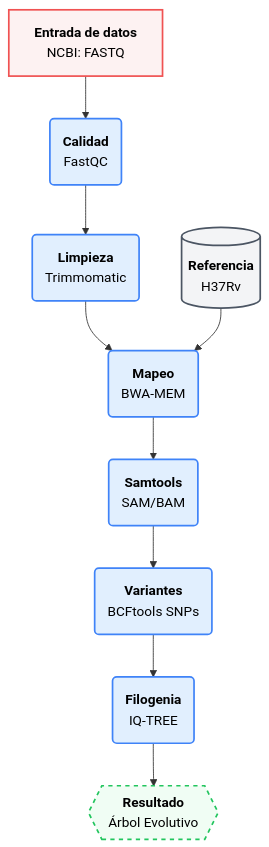
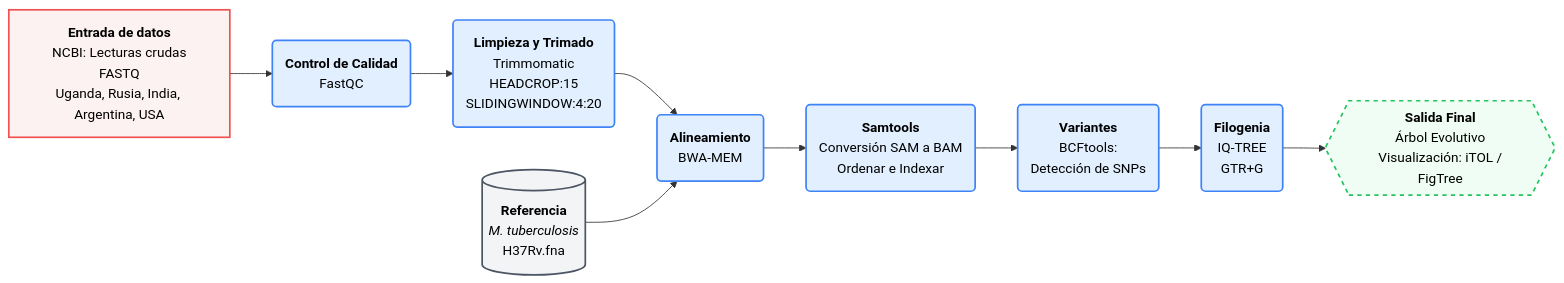
Before and after one commit to lauraperezm2912/MBM_G2: the second of 2 diagrams in README.md, drawn with Mermaid.

````diff
--- a/README.md
+++ b/README.md
@@ -61,28 +61,32 @@
 ```mermaid
-graph TD
-    %% Definición de Estilos
+graph LR
+    %% Definición de Estilos originales
     classDef input fill:#fdf2f2,stroke:#f05252,stroke-width:2px,color:#000;
     classDef process fill:#e1effe,stroke:#3f83f8,stroke-width:2px,color:#000;
     classDef reference fill:#f3f4f6,stroke:#4b5563,stroke-width:2px,color:#000;
     classDef output fill:#f0fdf4,stroke:#22c55e,stroke-width:2px,color:#000,stroke-dasharray: 5 5;
 
-    %% Primera fila: Preparación
-    Raw[<b>Entrada de datos</b><br/>NCBI: FASTQ]:::input --> FQC(<b>Calidad</b><br/>FastQC):::process
-    FQC --> Trim(<b>Limpieza</b><br/>Trimmomatic):::process
-    
-    %% Conexión hacia abajo y cambio de dirección
-    direction LR
-    Trim --> Map(<b>Mapeo</b><br/>BWA-MEM):::process
-    Ref[(<b>Referencia</b><br/>H37Rv)]:::reference --> Map
+    %% Nivel 1: Entrada
+    Raw[<b>Entrada de datos</b><br/> NCBI: Lecturas crudas FASTQ<br/>Uganda, Rusia, India, Argentina, USA]:::input
 
-    %% Segunda fila: Análisis
-    direction TB
-    Map --> SAM(<b>Samtools</b><br/>SAM/BAM):::process
-    SAM --> VCF(<b>Variantes</b><br/>BCFtools SNPs):::process
+    %% Nivel 2: Calidad
+    FQC(<b>Control de Calidad</b><br/>FastQC):::process
+    Trim(<b>Limpieza y Trimado</b><br/>Trimmomatic<br/>HEADCROP:15<br/>SLIDINGWINDOW:4:20):::process
 
-    %% Tercera fila: Resultados final
-    direction RL
-    VCF --> Phylo(<b>Filogenia</b><br/>IQ-TREE):::process
-    Phylo --> Tree{{<b>Resultado</b><br/>Árbol Evolutivo}}:::output
+    %% Nivel 3: Alineamiento
+    Ref[(<b>Referencia</b><br/><i>M. tuberculosis</i><br/>H37Rv.fna)]:::reference
+    Map(<b>Alineamiento</b><br/>BWA-MEM):::process
 
+    %% Nivel 4: Post-procesamiento
+    SAM(<b>Samtools</b><br/> Conversión SAM a BAM<br/>Ordenar e Indexar):::process
+    VCF(<b>Variantes</b><br/>BCFtools:<br/>Detección de SNPs):::process
+
+    %% Nivel 5: Resultado
+    Phylo(<b>Filogenia</b><br/>IQ-TREE<br/>GTR+G):::process
+    Tree{{<b>Salida Final</b><br/>Árbol Evolutivo<br/> Visualización: iTOL / FigTree}}:::output
+
+    %% Conexiones
+    Raw --> FQC --> Trim --> Map
+    Ref --> Map
+    Map --> SAM --> VCF --> Phylo --> Tree
 ```
````
